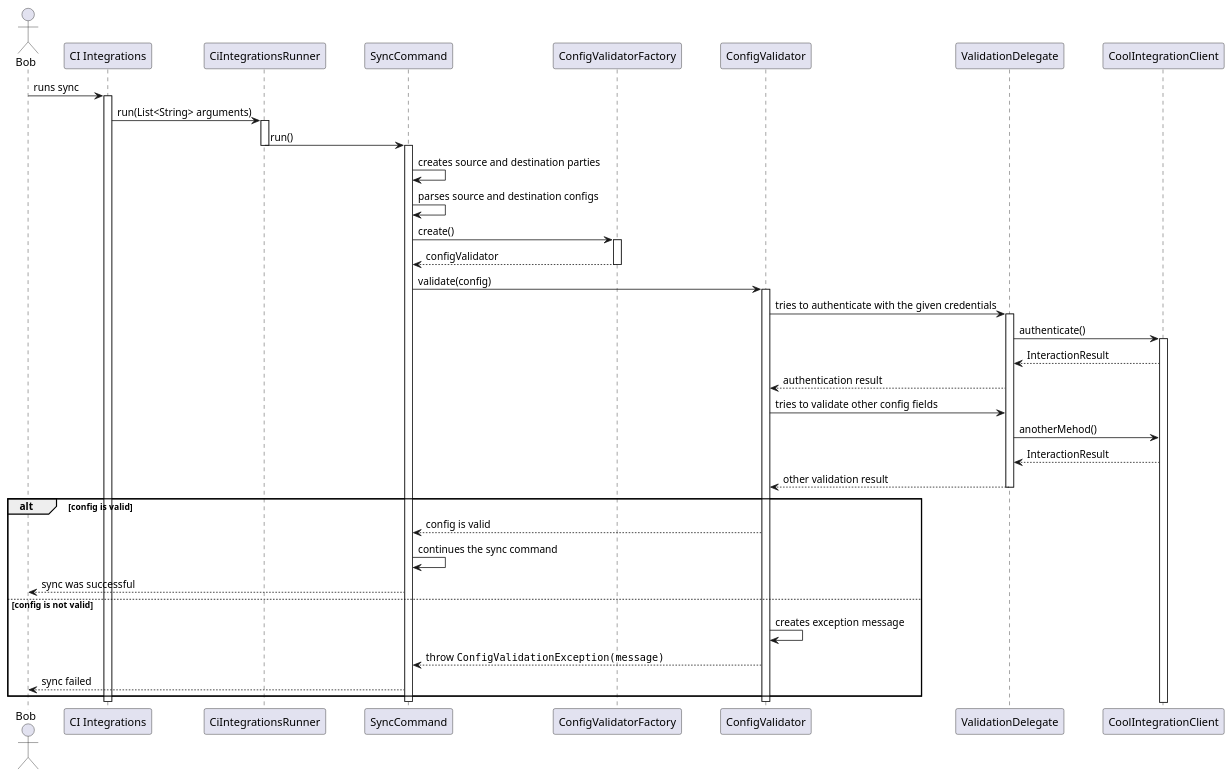
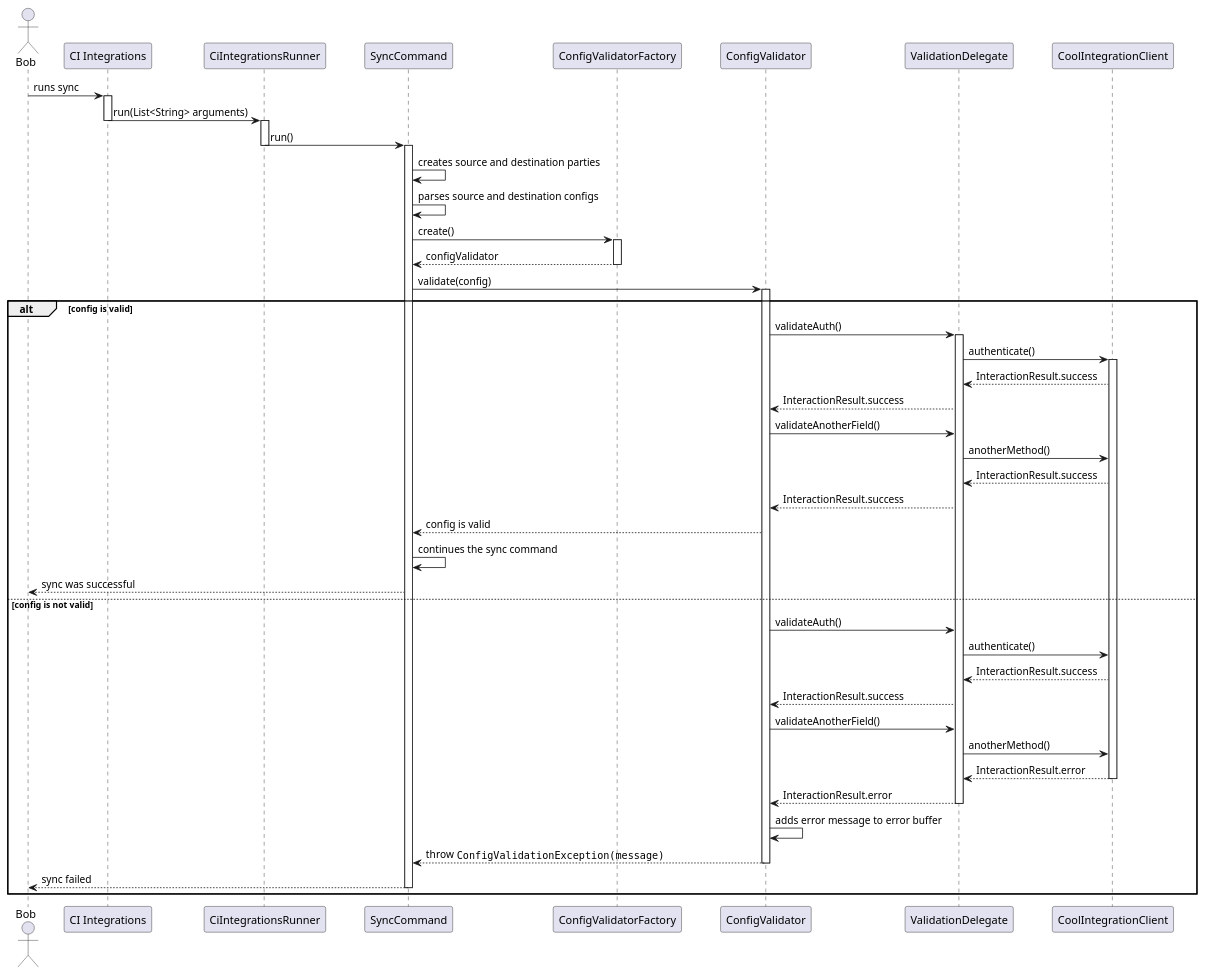
The diagram in metrics/ci_integrations/docs/diagrams/ci_integrations_config_validator_sequence_diagram.puml (Flank/flank-dashboard), drawn with PlantUML before and after one commit. The commit also changed 2 other files, not shown here.

Commit message:
Extend sequence diagram, minor improvements

```diff
--- a/metrics/ci_integrations/docs/diagrams/ci_integrations_config_validator_sequence_diagram.puml
+++ b/metrics/ci_integrations/docs/diagrams/ci_integrations_config_validator_sequence_diagram.puml
@@ -1,73 +1,91 @@
 @startuml ci_integrations_config_validator_sequence_diagram
 
 skinparam ParticipantPadding 20
 skinparam BoxPadding 10
 
 actor Bob
 
 participant "CI Integrations"
 participant CiIntegrationsRunner
 participant SyncCommand
 participant ConfigValidatorFactory
 participant ConfigValidator
 participant ValidationDelegate
 participant CoolIntegrationClient
 
 Bob -> "CI Integrations" : runs sync
 activate "CI Integrations"
 
 "CI Integrations" -> CiIntegrationsRunner: run(List<String> arguments)
+deactivate "CI Integrations"
 activate CiIntegrationsRunner
 
 CiIntegrationsRunner -> SyncCommand: run()
 deactivate CiIntegrationsRunner
 activate SyncCommand
 
 SyncCommand -> SyncCommand : creates source and destination parties
 SyncCommand -> SyncCommand : parses source and destination configs
 
 SyncCommand -> ConfigValidatorFactory : create()
 activate ConfigValidatorFactory
 
 ConfigValidatorFactory --> SyncCommand : configValidator
 deactivate ConfigValidatorFactory
 
 SyncCommand -> ConfigValidator : validate(config)
 activate ConfigValidator
 
+alt config is valid
 
-ConfigValidator -> ValidationDelegate : tries to authenticate with the given credentials
-activate ValidationDelegate
+    ConfigValidator -> ValidationDelegate : validateAuth()
+    activate ValidationDelegate
 
-ValidationDelegate -> CoolIntegrationClient : authenticate()
-activate  CoolIntegrationClient
-CoolIntegrationClient --> ValidationDelegate : InteractionResult
+    ValidationDelegate -> CoolIntegrationClient : authenticate()
+    activate  CoolIntegrationClient
+    CoolIntegrationClient --> ValidationDelegate : InteractionResult.success
+    ValidationDelegate --> ConfigValidator : InteractionResult.success
 
-ValidationDelegate --> ConfigValidator : authentication result
-ConfigValidator -> ValidationDelegate : tries to validate other config fields
-ValidationDelegate -> CoolIntegrationClient : anotherMehod()
-CoolIntegrationClient --> ValidationDelegate : InteractionResult
-ValidationDelegate --> ConfigValidator : other validation result
-
-deactivate ValidationDelegate
-
-alt config is valid
+    ConfigValidator -> ValidationDelegate : validateAnotherField()
+    ValidationDelegate -> CoolIntegrationClient : anotherMethod()
+    CoolIntegrationClient --> ValidationDelegate : InteractionResult.success
+    ValidationDelegate --> ConfigValidator : InteractionResult.success
 
     ConfigValidator --> SyncCommand : config is valid
     SyncCommand -> SyncCommand : continues the sync command
     SyncCommand --> Bob : sync was successful
 
 else config is not valid
 
-    ConfigValidator -> ConfigValidator : creates exception message
+    ConfigValidator -> ValidationDelegate : validateAuth()
+
+    ValidationDelegate -> CoolIntegrationClient : authenticate()
+    CoolIntegrationClient --> ValidationDelegate : InteractionResult.success
+    ValidationDelegate --> ConfigValidator : InteractionResult.success
+
+    ConfigValidator -> ValidationDelegate : validateAnotherField()
+    ValidationDelegate -> CoolIntegrationClient : anotherMethod()
+    CoolIntegrationClient --> ValidationDelegate : InteractionResult.error
+    deactivate CoolIntegrationClient
+
+
+    ValidationDelegate --> ConfigValidator : InteractionResult.error
+    deactivate ValidationDelegate
+
+    ConfigValidator -> ConfigValidator : adds error message to error buffer
+
     ConfigValidator --> SyncCommand : throw ""ConfigValidationException(message)""
+    deactivate ConfigValidator
+
     SyncCommand --> Bob : sync failed
+    deactivate SyncCommand
 
 end
 
+deactivate ValidationDelegate
 deactivate ConfigValidator
 
 deactivate "CI Integrations"
 deactivate SyncCommand
 
 @enduml
```
